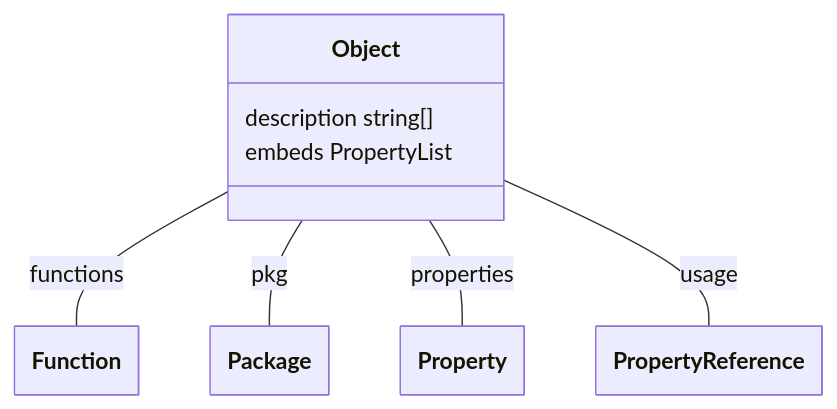
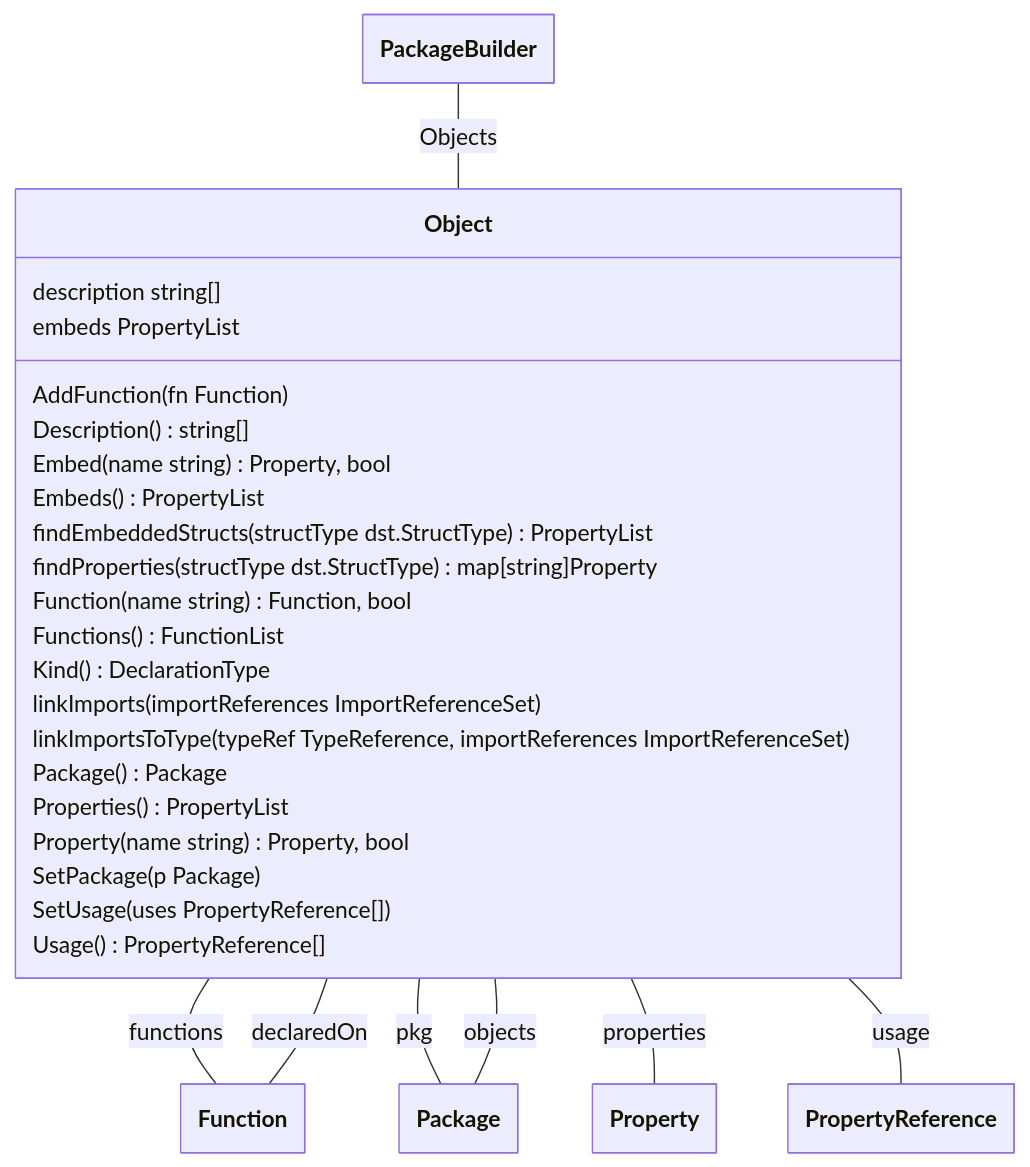
One commit to theunrepentantgeek/crddoc changed the seventh of 17 diagrams in docs/model/model.md. Above: the diagram before and after it, drawn with Mermaid. The commit also changed other lines of this file and 8 other files, not shown here.

````diff
--- a/docs/model/model.md
+++ b/docs/model/model.md
@@ -239,27 +337,50 @@
 ```mermaid
 ---
   config:
     class:
       hideEmptyMembersBox: true
 ---
 classDiagram
 
 class Object["Object"]{  
       description string[]  
-      embeds PropertyList
+      embeds PropertyList  
+      AddFunction(fn Function)  
+      Description()string[]  
+      Embed(name string)Property, bool  
+      Embeds()PropertyList  
+      findEmbeddedStructs(structType dst.StructType)PropertyList  
+      findProperties(structType dst.StructType)map[string]Property  
+      Function(name string)Function, bool  
+      Functions()FunctionList  
+      Kind()DeclarationType  
+      linkImports(importReferences ImportReferenceSet)  
+      linkImportsToType(typeRef TypeReference, importReferences ImportReferenceSet)  
+      Package()Package  
+      Properties()PropertyList  
+      Property(name string)Property, bool  
+      SetPackage(p Package)  
+      SetUsage(uses PropertyReference[])  
+      Usage()PropertyReference[]
 
 
 } 
 
+Function -- Object : declaredOn 
+Package -- Object : objects 
+PackageBuilder -- Object : Objects 
 
 Object -- Function : functions 
 Object -- Package : pkg 
 Object -- Property : properties 
 Object -- PropertyReference : usage 
 
 class Function["Function"]
 class Package["Package"]
+class PackageBuilder["PackageBuilder"]
+class Function["Function"]
+class Package["Package"]
 class Property["Property"]
 class PropertyReference["PropertyReference"]
 
 ```
````
